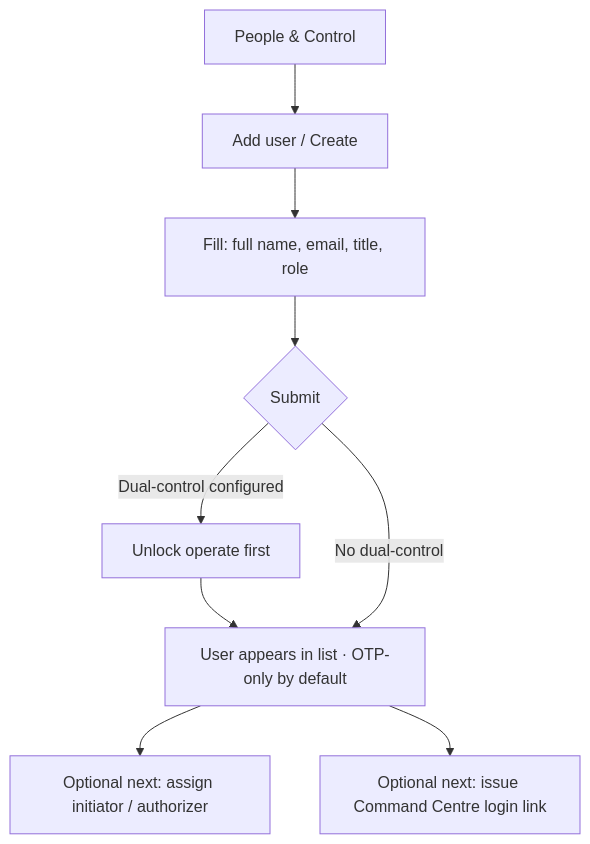
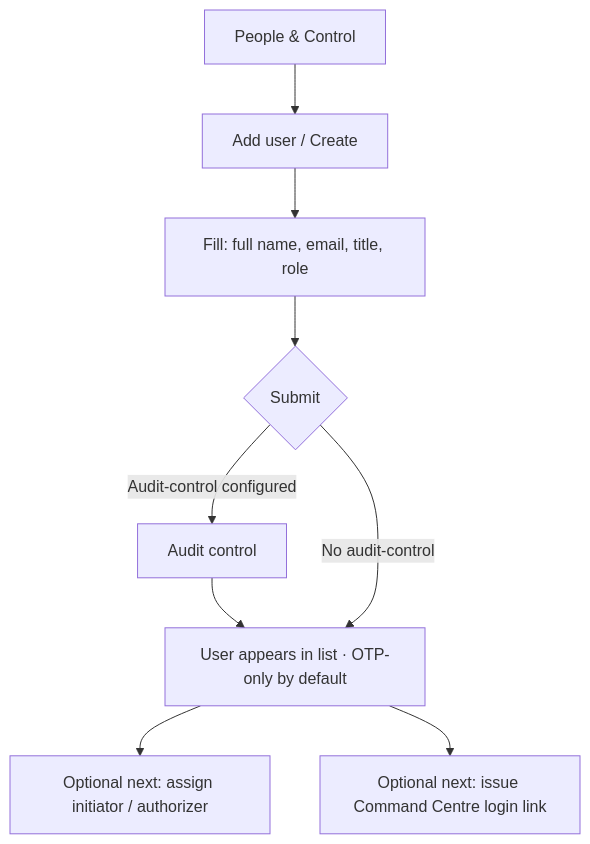
The diagram in docs/how-to/platform/03-add-a-user.md (Phantom-Fort/phantix-platform), drawn with Mermaid before and after one commit. The commit also changed other lines of this file and 4 other files, not shown here.

First line of the commit message:
docs(platform): how-to copy now describes audit control, not an unlock flow

````diff
--- a/docs/how-to/platform/03-add-a-user.md
+++ b/docs/how-to/platform/03-add-a-user.md
@@ -12,11 +12,11 @@
 ```mermaid
 flowchart TD
   A[People & Control] --> B[Add user / Create]
   B --> C[Fill: full name, email, title, role]
   C --> D{Submit}
-  D -->|Dual-control configured| E[Unlock operate first]
+  D -->|Audit-control configured| E[Audit control]
   E --> F[User appears in list · OTP-only by default]
-  D -->|No dual-control| F
+  D -->|No audit-control| F
   F --> G[Optional next: assign initiator / authorizer]
   F --> H[Optional next: issue Command Centre login link]
 ```
````
